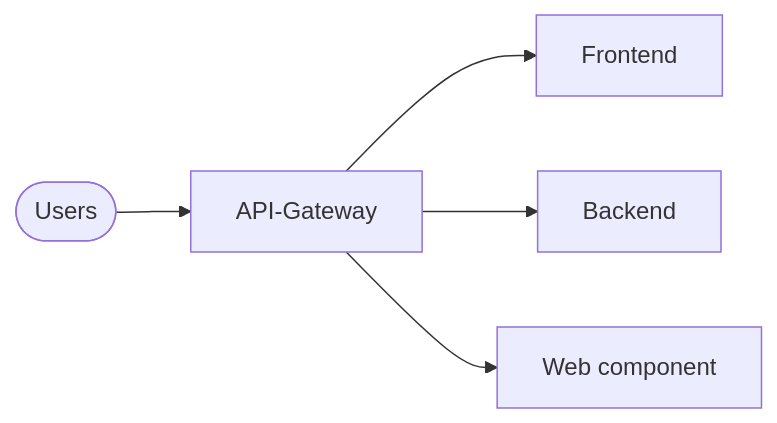
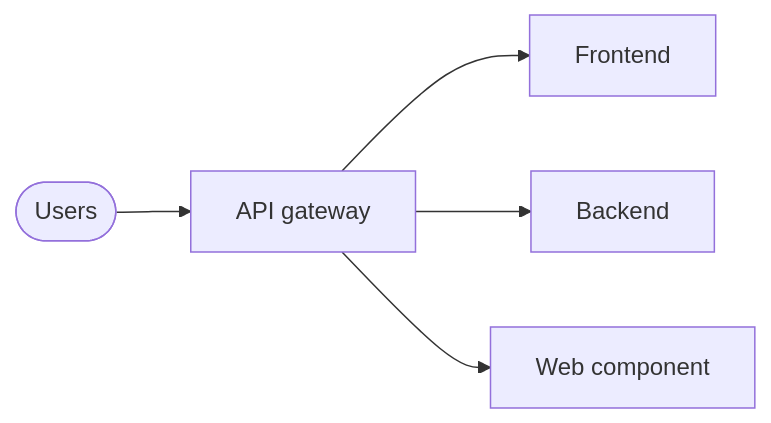
One commit to it-at-m/refarch changed the diagram in docs/overview.md. Above: the diagram before and after it, drawn with Mermaid. The commit also changed 2 other files, not shown here.

Commit message:
:memo: docs unify gateway naming

````diff
--- a/docs/overview.md
+++ b/docs/overview.md
@@ -19,12 +19,12 @@
 ```mermaid
 flowchart LR
     u([Users])
-    g[API-Gateway]
+    g[API gateway]
     f[Frontend]
     b[Backend]
     w[Web component]
     u --> g
     g --> f
     g --> b
     g --> w
 ```
````
